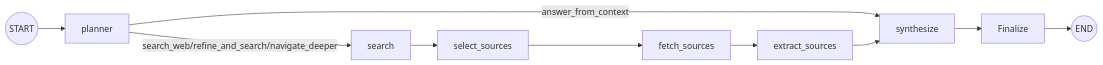
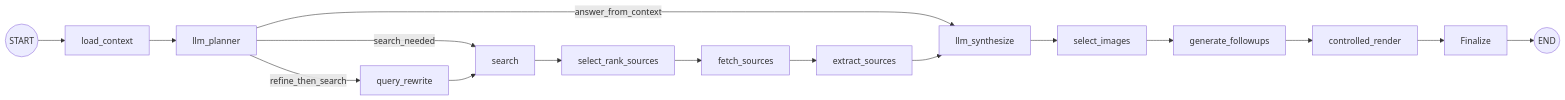
Before and after one commit to kunalchaturvedi/agentic-browser: the second of 2 diagrams in docs/implementation_plan.md, drawn with Mermaid. The commit also changed other lines of this file and 14 other files, not shown here.

````diff
--- a/docs/implementation_plan.md
+++ b/docs/implementation_plan.md
@@ -148,12 +151,21 @@
 ```mermaid
 flowchart LR
-    Start((START)) --> PlannerNode[planner]
-    PlannerNode -->|answer_from_context| SynthesizeNode[synthesize]
-    PlannerNode -->|search_web/refine_and_search/navigate_deeper| SearchNode[search]
-    SearchNode --> SelectSources[select_sources]
+    Start((START)) --> ContextNode[load_context]
+    ContextNode --> PlannerNode[llm_planner]
+
+    PlannerNode -->|answer_from_context| SynthesizeNode[llm_synthesize]
+    PlannerNode -->|search_needed| SearchNode[search]
+    PlannerNode -->|refine_then_search| RewriteNode[query_rewrite]
+
+    RewriteNode --> SearchNode
+    SearchNode --> SelectSources[select_rank_sources]
     SelectSources --> FetchSources[fetch_sources]
     FetchSources --> ExtractSources[extract_sources]
     ExtractSources --> SynthesizeNode
-    SynthesizeNode --> Finalize
+
+    SynthesizeNode --> ImageNode[select_images]
+    ImageNode --> FollowupsNode[generate_followups]
+    FollowupsNode --> RenderNode[controlled_render]
+    RenderNode --> Finalize
     Finalize --> End((END))
 ```
````
